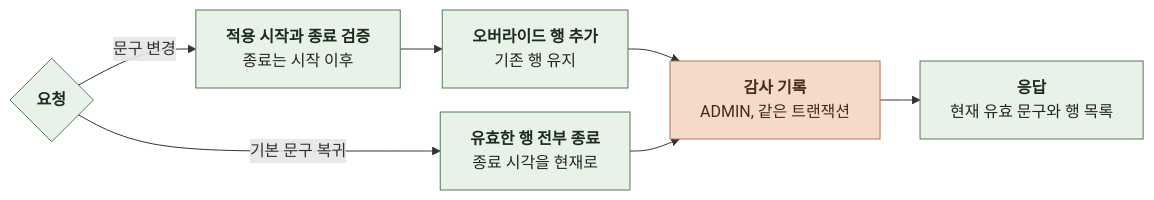
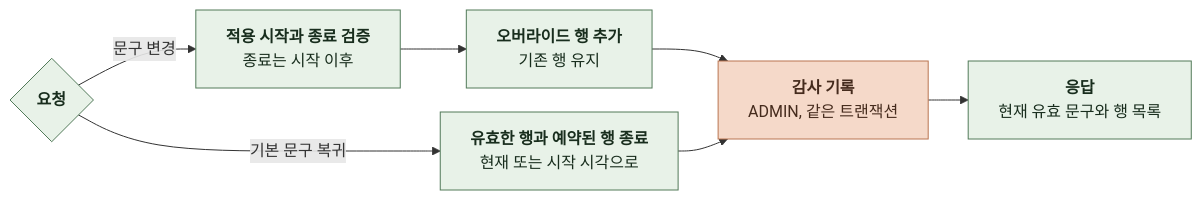
Before and after one commit to KIM-N-KANG/knk-harness: diagram 15 of 15 in docs/domain/NOTIFICATION/BACKEND/4-1-PIPELINES.md, drawn with Mermaid. The commit also changed other lines of this file and 38 other files, not shown here.

````diff
--- a/docs/domain/NOTIFICATION/BACKEND/4-1-PIPELINES.md
+++ b/docs/domain/NOTIFICATION/BACKEND/4-1-PIPELINES.md
@@ -476,19 +477,19 @@
 ```mermaid
 %%{init: {"flowchart": {"curve": "basis", "nodeSpacing": 24, "rankSpacing": 40}}}%%
 flowchart LR
     A{"`**요청**`"} -->|문구 변경| B["`**적용 시작과 종료 검증**
 종료는 시작 이후`"]
     B --> C["`**오버라이드 행 추가**
 기존 행 유지`"]
-    A -->|기본 문구 복귀| D["`**유효한 행 전부 종료**
-종료 시각을 현재로`"]
+    A -->|기본 문구 복귀| D["`**유효한 행과 예약된 행 종료**
+현재 또는 시작 시각으로`"]
     C --> E["`**감사 기록**
 ADMIN, 같은 트랜잭션`"]
     D --> E
     E --> F["`**응답**
 현재 유효 문구와 행 목록`"]
     classDef comp fill:#E8F2E8,stroke:#527A59,color:#182D1D
     classDef task fill:#F5D9C9,stroke:#B97450,color:#452B1D
     class A,B,C,D,F comp
     class E task
 ```
````
